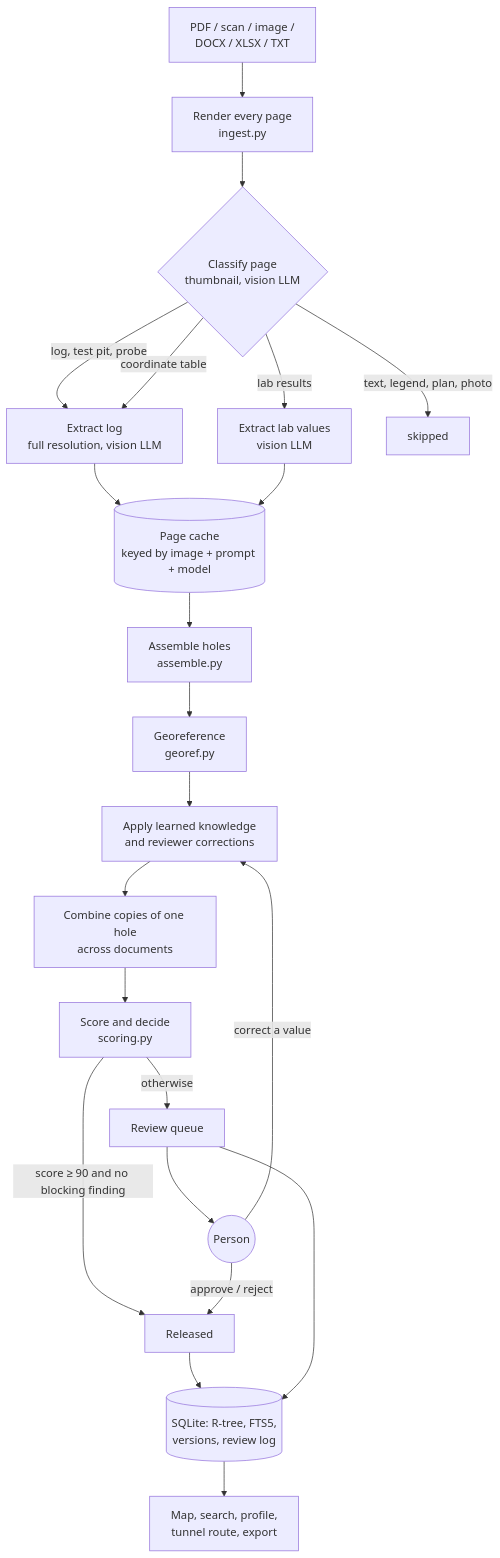
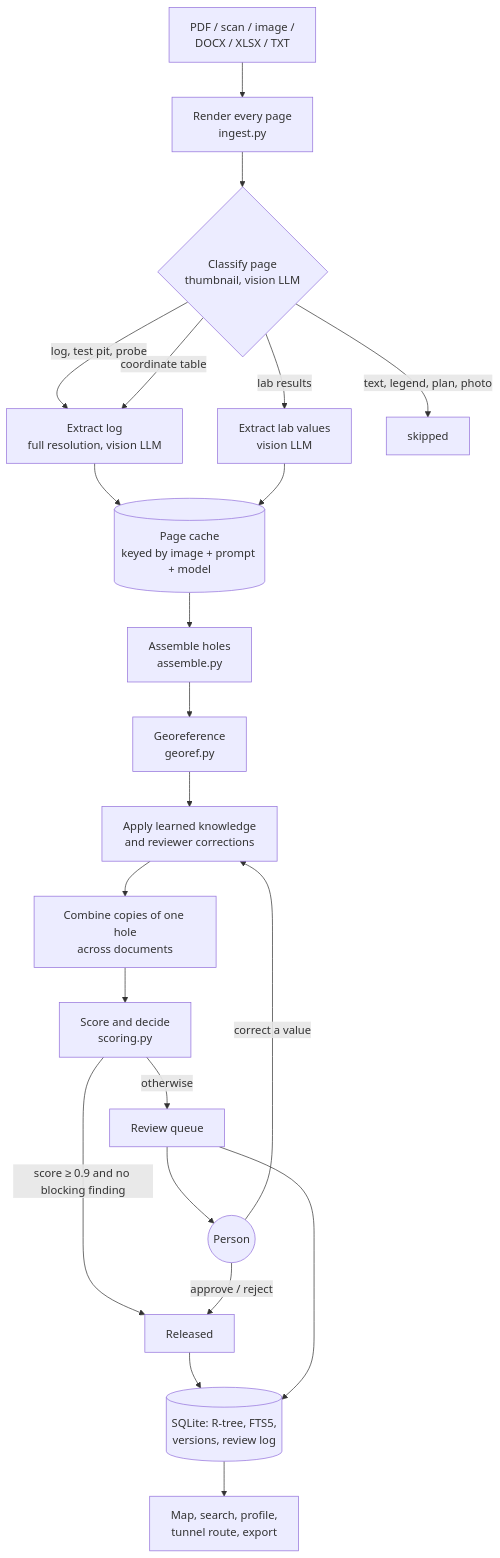
One commit to bababue/SmartAutomation2026 changed the first of 4 diagrams in docs/pipeline.md. Above: the diagram before and after it, drawn with Mermaid. The commit also changed other lines of this file and 13 other files, not shown here.

````diff
--- a/docs/pipeline.md
+++ b/docs/pipeline.md
@@ -8,24 +8,24 @@
 ```mermaid
 flowchart TD
     A[PDF / scan / image /<br/>DOCX / XLSX / TXT] --> B[Render every page<br/>ingest.py]
     B --> C{Classify page<br/>thumbnail, vision LLM}
     C -->|log, test pit, probe| D[Extract log<br/>full resolution, vision LLM]
     C -->|coordinate table| D
     C -->|lab results| L[Extract lab values<br/>vision LLM]
     C -->|text, legend, plan, photo| X[skipped]
     D --> K[(Page cache<br/>keyed by image + prompt + model)]
     L --> K
     K --> E[Assemble holes<br/>assemble.py]
     E --> G[Georeference<br/>georef.py]
     G --> H[Apply learned knowledge<br/>and reviewer corrections]
     H --> M[Combine copies of one hole<br/>across documents]
     M --> S[Score and decide<br/>scoring.py]
-    S -->|score ≥ 90 and no blocking finding| R[Released]
+    S -->|score ≥ 0.9 and no blocking finding| R[Released]
     S -->|otherwise| Q[Review queue]
     Q --> P((Person))
     P -->|approve / reject| R
     P -->|correct a value| H
     R --> DB[(SQLite: R-tree, FTS5,<br/>versions, review log)]
     Q --> DB
     DB --> UI[Map, search, profile,<br/>tunnel route, export]
 ```
````
